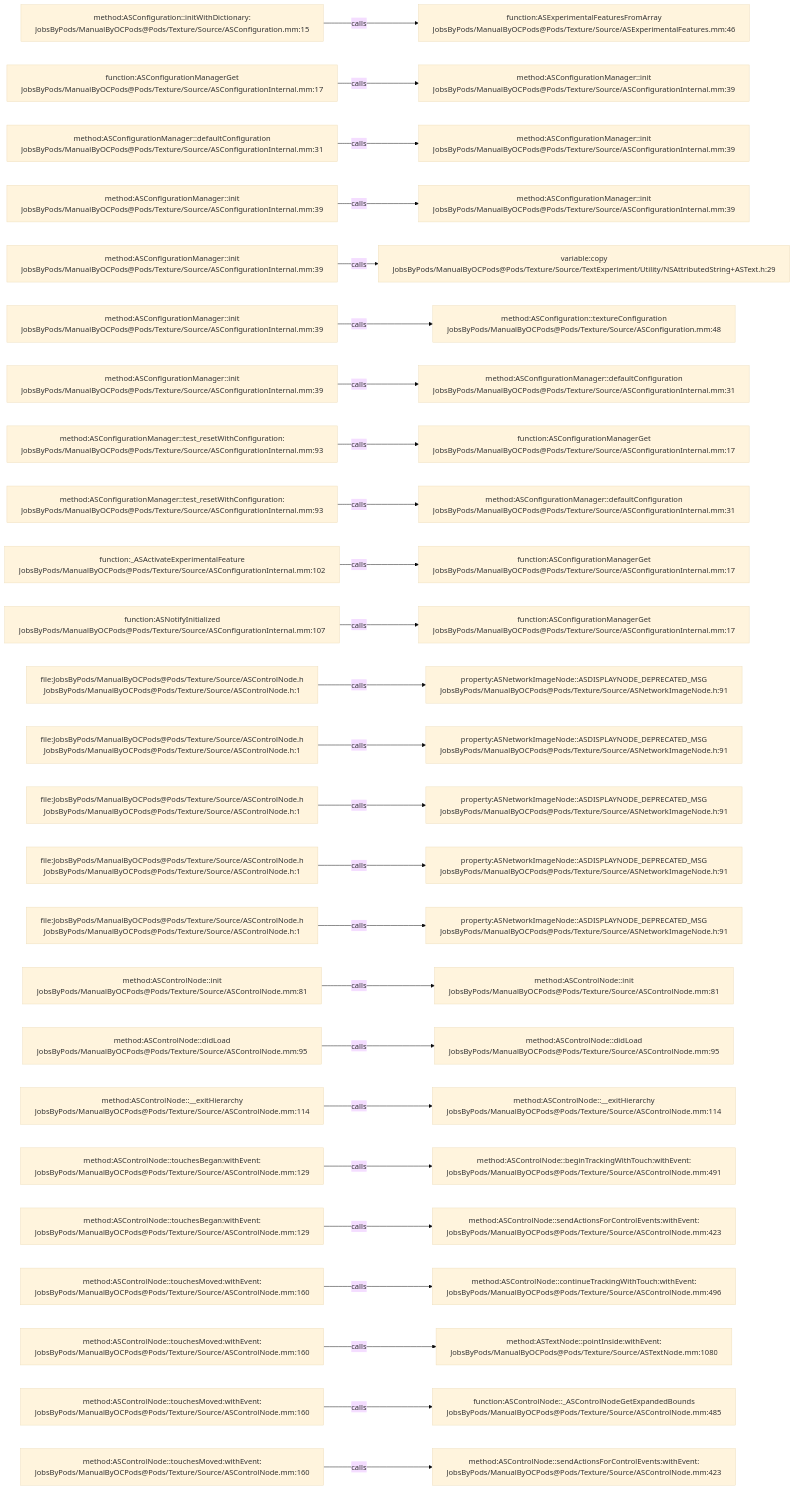
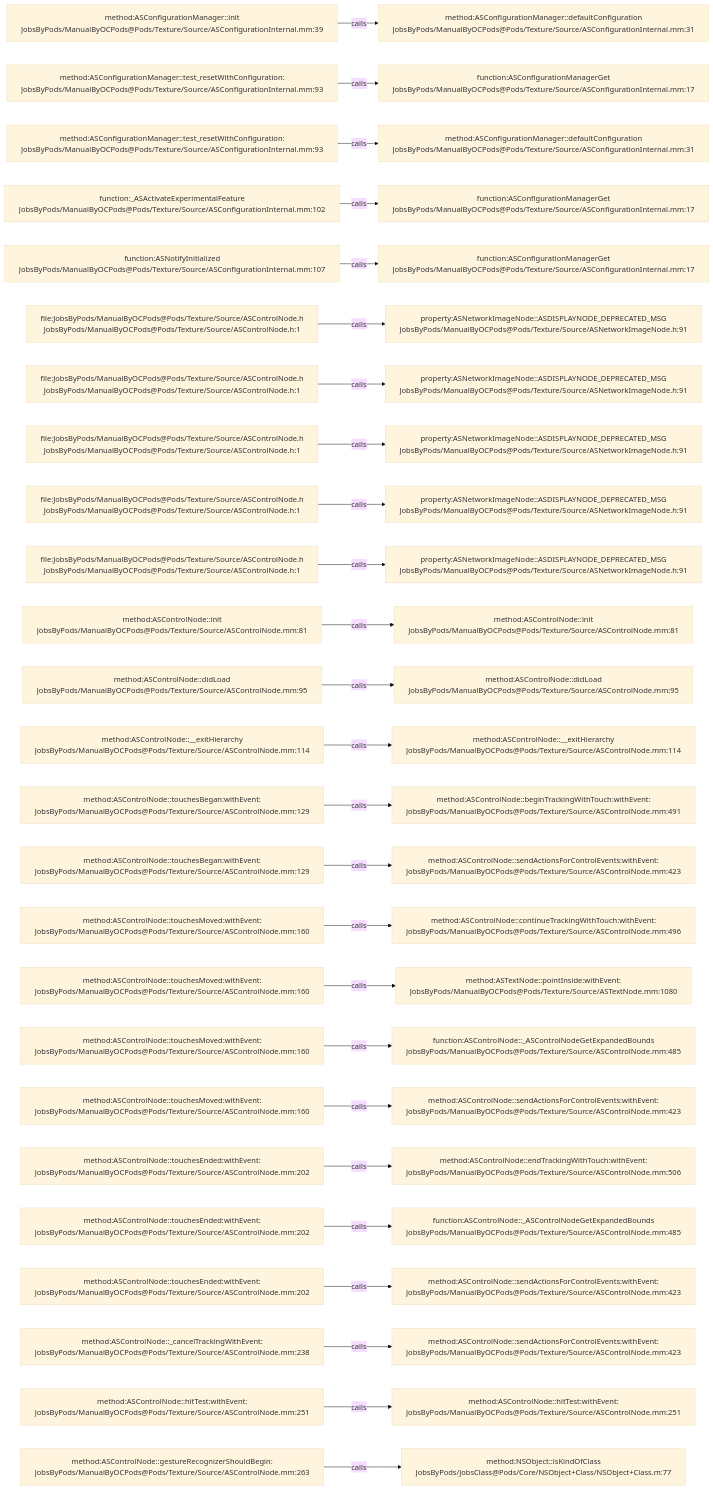
The diagram in .codegraph/codegraph.md/graphs/calls-078.md (JobsKits/JobsOCBaseConfigDemo), drawn with Mermaid (base theme) before and after one commit. The commit also changed 666 other files, not shown here.

````diff
--- a/.codegraph/codegraph.md/graphs/calls-078.md
+++ b/.codegraph/codegraph.md/graphs/calls-078.md
@@ -13,78 +13,78 @@
 ```mermaid
 flowchart LR
-  S1["method:ASConfiguration::initWithDictionary:<br/>JobsByPods/ManualByOCPods@Pods/Texture/Source/ASConfiguration.mm:15"]
-  T1["function:ASExperimentalFeaturesFromArray<br/>JobsByPods/ManualByOCPods@Pods/Texture/Source/ASExperimentalFeatures.mm:46"]
+  S1["method:ASConfigurationManager::init<br/>JobsByPods/ManualByOCPods@Pods/Texture/Source/ASConfigurationInternal.mm:39"]
+  T1["method:ASConfigurationManager::defaultConfiguration<br/>JobsByPods/ManualByOCPods@Pods/Texture/Source/ASConfigurationInternal.mm:31"]
   S1 -->|calls| T1
-  S2["function:ASConfigurationManagerGet<br/>JobsByPods/ManualByOCPods@Pods/Texture/Source/ASConfigurationInternal.mm:17"]
-  T2["method:ASConfigurationManager::init<br/>JobsByPods/ManualByOCPods@Pods/Texture/Source/ASConfigurationInternal.mm:39"]
+  S2["method:ASConfigurationManager::test_resetWithConfiguration:<br/>JobsByPods/ManualByOCPods@Pods/Texture/Source/ASConfigurationInternal.mm:93"]
+  T2["function:ASConfigurationManagerGet<br/>JobsByPods/ManualByOCPods@Pods/Texture/Source/ASConfigurationInternal.mm:17"]
   S2 -->|calls| T2
-  S3["method:ASConfigurationManager::defaultConfiguration<br/>JobsByPods/ManualByOCPods@Pods/Texture/Source/ASConfigurationInternal.mm:31"]
-  T3["method:ASConfigurationManager::init<br/>JobsByPods/ManualByOCPods@Pods/Texture/Source/ASConfigurationInternal.mm:39"]
+  S3["method:ASConfigurationManager::test_resetWithConfiguration:<br/>JobsByPods/ManualByOCPods@Pods/Texture/Source/ASConfigurationInternal.mm:93"]
+  T3["method:ASConfigurationManager::defaultConfiguration<br/>JobsByPods/ManualByOCPods@Pods/Texture/Source/ASConfigurationInternal.mm:31"]
   S3 -->|calls| T3
-  S4["method:ASConfigurationManager::init<br/>JobsByPods/ManualByOCPods@Pods/Texture/Source/ASConfigurationInternal.mm:39"]
-  T4["method:ASConfigurationManager::init<br/>JobsByPods/ManualByOCPods@Pods/Texture/Source/ASConfigurationInternal.mm:39"]
+  S4["function:_ASActivateExperimentalFeature<br/>JobsByPods/ManualByOCPods@Pods/Texture/Source/ASConfigurationInternal.mm:102"]
+  T4["function:ASConfigurationManagerGet<br/>JobsByPods/ManualByOCPods@Pods/Texture/Source/ASConfigurationInternal.mm:17"]
   S4 -->|calls| T4
-  S5["method:ASConfigurationManager::init<br/>JobsByPods/ManualByOCPods@Pods/Texture/Source/ASConfigurationInternal.mm:39"]
-  T5["variable:copy<br/>JobsByPods/ManualByOCPods@Pods/Texture/Source/TextExperiment/Utility/NSAttributedString+ASText.h:29"]
+  S5["function:ASNotifyInitialized<br/>JobsByPods/ManualByOCPods@Pods/Texture/Source/ASConfigurationInternal.mm:107"]
+  T5["function:ASConfigurationManagerGet<br/>JobsByPods/ManualByOCPods@Pods/Texture/Source/ASConfigurationInternal.mm:17"]
   S5 -->|calls| T5
-  S6["method:ASConfigurationManager::init<br/>JobsByPods/ManualByOCPods@Pods/Texture/Source/ASConfigurationInternal.mm:39"]
-  T6["method:ASConfiguration::textureConfiguration<br/>JobsByPods/ManualByOCPods@Pods/Texture/Source/ASConfiguration.mm:48"]
+  S6["file:JobsByPods/ManualByOCPods@Pods/Texture/Source/ASControlNode.h<br/>JobsByPods/ManualByOCPods@Pods/Texture/Source/ASControlNode.h:1"]
+  T6["property:ASNetworkImageNode::ASDISPLAYNODE_DEPRECATED_MSG<br/>JobsByPods/ManualByOCPods@Pods/Texture/Source/ASNetworkImageNode.h:91"]
   S6 -->|calls| T6
-  S7["method:ASConfigurationManager::init<br/>JobsByPods/ManualByOCPods@Pods/Texture/Source/ASConfigurationInternal.mm:39"]
-  T7["method:ASConfigurationManager::defaultConfiguration<br/>JobsByPods/ManualByOCPods@Pods/Texture/Source/ASConfigurationInternal.mm:31"]
+  S7["file:JobsByPods/ManualByOCPods@Pods/Texture/Source/ASControlNode.h<br/>JobsByPods/ManualByOCPods@Pods/Texture/Source/ASControlNode.h:1"]
+  T7["property:ASNetworkImageNode::ASDISPLAYNODE_DEPRECATED_MSG<br/>JobsByPods/ManualByOCPods@Pods/Texture/Source/ASNetworkImageNode.h:91"]
   S7 -->|calls| T7
-  S8["method:ASConfigurationManager::test_resetWithConfiguration:<br/>JobsByPods/ManualByOCPods@Pods/Texture/Source/ASConfigurationInternal.mm:93"]
-  T8["function:ASConfigurationManagerGet<br/>JobsByPods/ManualByOCPods@Pods/Texture/Source/ASConfigurationInternal.mm:17"]
+  S8["file:JobsByPods/ManualByOCPods@Pods/Texture/Source/ASControlNode.h<br/>JobsByPods/ManualByOCPods@Pods/Texture/Source/ASControlNode.h:1"]
+  T8["property:ASNetworkImageNode::ASDISPLAYNODE_DEPRECATED_MSG<br/>JobsByPods/ManualByOCPods@Pods/Texture/Source/ASNetworkImageNode.h:91"]
   S8 -->|calls| T8
-  S9["method:ASConfigurationManager::test_resetWithConfiguration:<br/>JobsByPods/ManualByOCPods@Pods/Texture/Source/ASConfigurationInternal.mm:93"]
-  T9["method:ASConfigurationManager::defaultConfiguration<br/>JobsByPods/ManualByOCPods@Pods/Texture/Source/ASConfigurationInternal.mm:31"]
+  S9["file:JobsByPods/ManualByOCPods@Pods/Texture/Source/ASControlNode.h<br/>JobsByPods/ManualByOCPods@Pods/Texture/Source/ASControlNode.h:1"]
+  T9["property:ASNetworkImageNode::ASDISPLAYNODE_DEPRECATED_MSG<br/>JobsByPods/ManualByOCPods@Pods/Texture/Source/ASNetworkImageNode.h:91"]
   S9 -->|calls| T9
-  S10["function:_ASActivateExperimentalFeature<br/>JobsByPods/ManualByOCPods@Pods/Texture/Source/ASConfigurationInternal.mm:102"]
-  T10["function:ASConfigurationManagerGet<br/>JobsByPods/ManualByOCPods@Pods/Texture/Source/ASConfigurationInternal.mm:17"]
+  S10["file:JobsByPods/ManualByOCPods@Pods/Texture/Source/ASControlNode.h<br/>JobsByPods/ManualByOCPods@Pods/Texture/Source/ASControlNode.h:1"]
+  T10["property:ASNetworkImageNode::ASDISPLAYNODE_DEPRECATED_MSG<br/>JobsByPods/ManualByOCPods@Pods/Texture/Source/ASNetworkImageNode.h:91"]
   S10 -->|calls| T10
-  S11["function:ASNotifyInitialized<br/>JobsByPods/ManualByOCPods@Pods/Texture/Source/ASConfigurationInternal.mm:107"]
-  T11["function:ASConfigurationManagerGet<br/>JobsByPods/ManualByOCPods@Pods/Texture/Source/ASConfigurationInternal.mm:17"]
+  S11["method:ASControlNode::init<br/>JobsByPods/ManualByOCPods@Pods/Texture/Source/ASControlNode.mm:81"]
+  T11["method:ASControlNode::init<br/>JobsByPods/ManualByOCPods@Pods/Texture/Source/ASControlNode.mm:81"]
   S11 -->|calls| T11
-  S12["file:JobsByPods/ManualByOCPods@Pods/Texture/Source/ASControlNode.h<br/>JobsByPods/ManualByOCPods@Pods/Texture/Source/ASControlNode.h:1"]
-  T12["property:ASNetworkImageNode::ASDISPLAYNODE_DEPRECATED_MSG<br/>JobsByPods/ManualByOCPods@Pods/Texture/Source/ASNetworkImageNode.h:91"]
+  S12["method:ASControlNode::didLoad<br/>JobsByPods/ManualByOCPods@Pods/Texture/Source/ASControlNode.mm:95"]
+  T12["method:ASControlNode::didLoad<br/>JobsByPods/ManualByOCPods@Pods/Texture/Source/ASControlNode.mm:95"]
   S12 -->|calls| T12
-  S13["file:JobsByPods/ManualByOCPods@Pods/Texture/Source/ASControlNode.h<br/>JobsByPods/ManualByOCPods@Pods/Texture/Source/ASControlNode.h:1"]
-  T13["property:ASNetworkImageNode::ASDISPLAYNODE_DEPRECATED_MSG<br/>JobsByPods/ManualByOCPods@Pods/Texture/Source/ASNetworkImageNode.h:91"]
+  S13["method:ASControlNode::__exitHierarchy<br/>JobsByPods/ManualByOCPods@Pods/Texture/Source/ASControlNode.mm:114"]
+  T13["method:ASControlNode::__exitHierarchy<br/>JobsByPods/ManualByOCPods@Pods/Texture/Source/ASControlNode.mm:114"]
   S13 -->|calls| T13
-  S14["file:JobsByPods/ManualByOCPods@Pods/Texture/Source/ASControlNode.h<br/>JobsByPods/ManualByOCPods@Pods/Texture/Source/ASControlNode.h:1"]
-  T14["property:ASNetworkImageNode::ASDISPLAYNODE_DEPRECATED_MSG<br/>JobsByPods/ManualByOCPods@Pods/Texture/Source/ASNetworkImageNode.h:91"]
+  S14["method:ASControlNode::touchesBegan:withEvent:<br/>JobsByPods/ManualByOCPods@Pods/Texture/Source/ASControlNode.mm:129"]
+  T14["method:ASControlNode::beginTrackingWithTouch:withEvent:<br/>JobsByPods/ManualByOCPods@Pods/Texture/Source/ASControlNode.mm:491"]
   S14 -->|calls| T14
-  S15["file:JobsByPods/ManualByOCPods@Pods/Texture/Source/ASControlNode.h<br/>JobsByPods/ManualByOCPods@Pods/Texture/Source/ASControlNode.h:1"]
-  T15["property:ASNetworkImageNode::ASDISPLAYNODE_DEPRECATED_MSG<br/>JobsByPods/ManualByOCPods@Pods/Texture/Source/ASNetworkImageNode.h:91"]
+  S15["method:ASControlNode::touchesBegan:withEvent:<br/>JobsByPods/ManualByOCPods@Pods/Texture/Source/ASControlNode.mm:129"]
+  T15["method:ASControlNode::sendActionsForControlEvents:withEvent:<br/>JobsByPods/ManualByOCPods@Pods/Texture/Source/ASControlNode.mm:423"]
   S15 -->|calls| T15
-  S16["file:JobsByPods/ManualByOCPods@Pods/Texture/Source/ASControlNode.h<br/>JobsByPods/ManualByOCPods@Pods/Texture/Source/ASControlNode.h:1"]
-  T16["property:ASNetworkImageNode::ASDISPLAYNODE_DEPRECATED_MSG<br/>JobsByPods/ManualByOCPods@Pods/Texture/Source/ASNetworkImageNode.h:91"]
+  S16["method:ASControlNode::touchesMoved:withEvent:<br/>JobsByPods/ManualByOCPods@Pods/Texture/Source/ASControlNode.mm:160"]
+  T16["method:ASControlNode::continueTrackingWithTouch:withEvent:<br/>JobsByPods/ManualByOCPods@Pods/Texture/Source/ASControlNode.mm:496"]
   S16 -->|calls| T16
-  S17["method:ASControlNode::init<br/>JobsByPods/ManualByOCPods@Pods/Texture/Source/ASControlNode.mm:81"]
-  T17["method:ASControlNode::init<br/>JobsByPods/ManualByOCPods@Pods/Texture/Source/ASControlNode.mm:81"]
+  S17["method:ASControlNode::touchesMoved:withEvent:<br/>JobsByPods/ManualByOCPods@Pods/Texture/Source/ASControlNode.mm:160"]
+  T17["method:ASTextNode::pointInside:withEvent:<br/>JobsByPods/ManualByOCPods@Pods/Texture/Source/ASTextNode.mm:1080"]
   S17 -->|calls| T17
-  S18["method:ASControlNode::didLoad<br/>JobsByPods/ManualByOCPods@Pods/Texture/Source/ASControlNode.mm:95"]
-  T18["method:ASControlNode::didLoad<br/>JobsByPods/ManualByOCPods@Pods/Texture/Source/ASControlNode.mm:95"]
+  S18["method:ASControlNode::touchesMoved:withEvent:<br/>JobsByPods/ManualByOCPods@Pods/Texture/Source/ASControlNode.mm:160"]
+  T18["function:ASControlNode::_ASControlNodeGetExpandedBounds<br/>JobsByPods/ManualByOCPods@Pods/Texture/Source/ASControlNode.mm:485"]
   S18 -->|calls| T18
-  S19["method:ASControlNode::__exitHierarchy<br/>JobsByPods/ManualByOCPods@Pods/Texture/Source/ASControlNode.mm:114"]
-  T19["method:ASControlNode::__exitHierarchy<br/>JobsByPods/ManualByOCPods@Pods/Texture/Source/ASControlNode.mm:114"]
+  S19["method:ASControlNode::touchesMoved:withEvent:<br/>JobsByPods/ManualByOCPods@Pods/Texture/Source/ASControlNode.mm:160"]
+  T19["method:ASControlNode::sendActionsForControlEvents:withEvent:<br/>JobsByPods/ManualByOCPods@Pods/Texture/Source/ASControlNode.mm:423"]
   S19 -->|calls| T19
-  S20["method:ASControlNode::touchesBegan:withEvent:<br/>JobsByPods/ManualByOCPods@Pods/Texture/Source/ASControlNode.mm:129"]
-  T20["method:ASControlNode::beginTrackingWithTouch:withEvent:<br/>JobsByPods/ManualByOCPods@Pods/Texture/Source/ASControlNode.mm:491"]
+  S20["method:ASControlNode::touchesEnded:withEvent:<br/>JobsByPods/ManualByOCPods@Pods/Texture/Source/ASControlNode.mm:202"]
+  T20["method:ASControlNode::endTrackingWithTouch:withEvent:<br/>JobsByPods/ManualByOCPods@Pods/Texture/Source/ASControlNode.mm:506"]
   S20 -->|calls| T20
-  S21["method:ASControlNode::touchesBegan:withEvent:<br/>JobsByPods/ManualByOCPods@Pods/Texture/Source/ASControlNode.mm:129"]
-  T21["method:ASControlNode::sendActionsForControlEvents:withEvent:<br/>JobsByPods/ManualByOCPods@Pods/Texture/Source/ASControlNode.mm:423"]
+  S21["method:ASControlNode::touchesEnded:withEvent:<br/>JobsByPods/ManualByOCPods@Pods/Texture/Source/ASControlNode.mm:202"]
+  T21["function:ASControlNode::_ASControlNodeGetExpandedBounds<br/>JobsByPods/ManualByOCPods@Pods/Texture/Source/ASControlNode.mm:485"]
   S21 -->|calls| T21
-  S22["method:ASControlNode::touchesMoved:withEvent:<br/>JobsByPods/ManualByOCPods@Pods/Texture/Source/ASControlNode.mm:160"]
-  T22["method:ASControlNode::continueTrackingWithTouch:withEvent:<br/>JobsByPods/ManualByOCPods@Pods/Texture/Source/ASControlNode.mm:496"]
+  S22["method:ASControlNode::touchesEnded:withEvent:<br/>JobsByPods/ManualByOCPods@Pods/Texture/Source/ASControlNode.mm:202"]
+  T22["method:ASControlNode::sendActionsForControlEvents:withEvent:<br/>JobsByPods/ManualByOCPods@Pods/Texture/Source/ASControlNode.mm:423"]
   S22 -->|calls| T22
-  S23["method:ASControlNode::touchesMoved:withEvent:<br/>JobsByPods/ManualByOCPods@Pods/Texture/Source/ASControlNode.mm:160"]
-  T23["method:ASTextNode::pointInside:withEvent:<br/>JobsByPods/ManualByOCPods@Pods/Texture/Source/ASTextNode.mm:1080"]
+  S23["method:ASControlNode::_cancelTrackingWithEvent:<br/>JobsByPods/ManualByOCPods@Pods/Texture/Source/ASControlNode.mm:238"]
+  T23["method:ASControlNode::sendActionsForControlEvents:withEvent:<br/>JobsByPods/ManualByOCPods@Pods/Texture/Source/ASControlNode.mm:423"]
   S23 -->|calls| T23
-  S24["method:ASControlNode::touchesMoved:withEvent:<br/>JobsByPods/ManualByOCPods@Pods/Texture/Source/ASControlNode.mm:160"]
-  T24["function:ASControlNode::_ASControlNodeGetExpandedBounds<br/>JobsByPods/ManualByOCPods@Pods/Texture/Source/ASControlNode.mm:485"]
+  S24["method:ASControlNode::hitTest:withEvent:<br/>JobsByPods/ManualByOCPods@Pods/Texture/Source/ASControlNode.mm:251"]
+  T24["method:ASControlNode::hitTest:withEvent:<br/>JobsByPods/ManualByOCPods@Pods/Texture/Source/ASControlNode.mm:251"]
   S24 -->|calls| T24
-  S25["method:ASControlNode::touchesMoved:withEvent:<br/>JobsByPods/ManualByOCPods@Pods/Texture/Source/ASControlNode.mm:160"]
-  T25["method:ASControlNode::sendActionsForControlEvents:withEvent:<br/>JobsByPods/ManualByOCPods@Pods/Texture/Source/ASControlNode.mm:423"]
+  S25["method:ASControlNode::gestureRecognizerShouldBegin:<br/>JobsByPods/ManualByOCPods@Pods/Texture/Source/ASControlNode.mm:263"]
+  T25["method:NSObject::isKindOfClass<br/>JobsByPods/JobsClass@Pods/Core/NSObject+Class/NSObject+Class.m:77"]
   S25 -->|calls| T25
 ```
````
